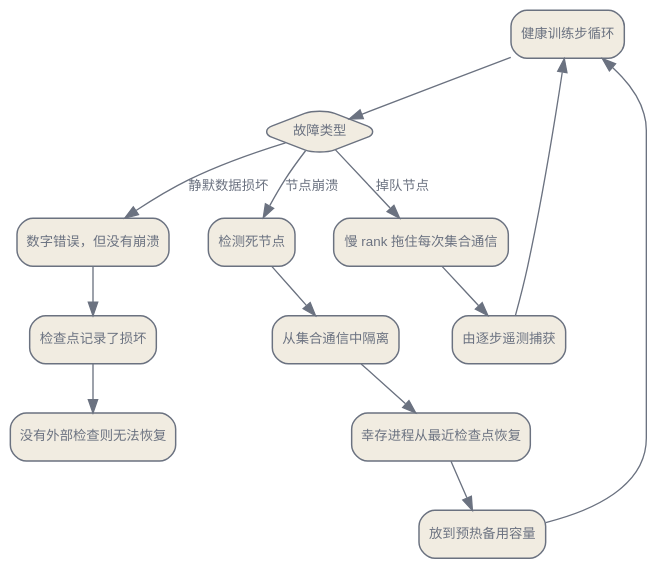
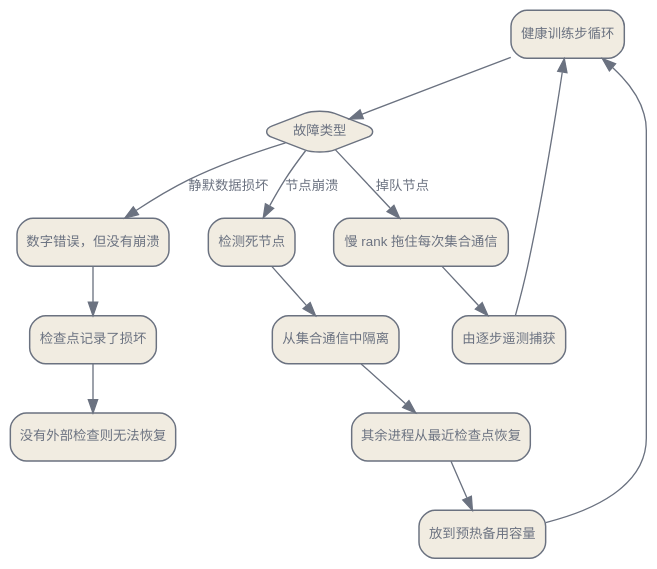
The first of 3 diagrams in zh/infrastructure/02-orchestration-data-infra.qmd (latere-ai/ai-as-an-infrastructure), drawn with Graphviz before and after one commit. The commit also changed other lines of this file and 9 other files, not shown here.

````diff
--- a/zh/infrastructure/02-orchestration-data-infra.qmd
+++ b/zh/infrastructure/02-orchestration-data-infra.qmd
@@ -59,36 +59,36 @@
 ```{dot}
 //| label: fig-orchestration-recovery
-//| fig-cap: "一次干净的崩溃被捕获并路由到在备用容量上的弹性重启。那些不会干净崩溃的故障逃出这条路径，必须由可观测性捕获，而对静默损坏而言，则无法从任何检查点恢复。"
+//| fig-cap: "一次可检测的崩溃被捕获并路由到在备用容量上的弹性重启。那些不会显式崩溃的故障绕过这条路径，必须由可观测性捕获，而对静默损坏而言，则无法从任何检查点恢复。"
 digraph {
   bgcolor="transparent";
   rankdir=TB;
   nodesep=0.4; ranksep=0.5;
   node [shape=box, style="rounded,filled", fontname="Helvetica", fontsize=10, color="#6b7280", fontcolor="#6b7280", fillcolor="#f1ece1", penwidth=1.1];
   edge [fontsize=10, fontname="Helvetica", color="#6b7280", fontcolor="#6b7280"];
 
   H [label="健康训练步循环"];
   F [label="故障类型", shape=diamond];
   D [label="检测死节点"];
   N [label="从集合通信中隔离"];
-  R [label="幸存进程从最近检查点恢复"];
+  R [label="其余进程从最近检查点恢复"];
   W [label="放到预热备用容量"];
   SL [label="慢 rank 拖住每次集合通信"];
   O [label="由逐步遥测捕获"];
   SC [label="数字错误，但没有崩溃"];
   X [label="检查点记录了损坏"];
   U [label="没有外部检查则无法恢复"];
 
   H -> F;
   F -> D [label="节点崩溃"];
   D -> N;
   N -> R;
   R -> W;
   W -> H;
   F -> SL [label="掉队节点"];
   SL -> O;
   O -> H;
   F -> SC [label="静默数据损坏"];
   SC -> X;
   X -> U;
 }
 ```
````
